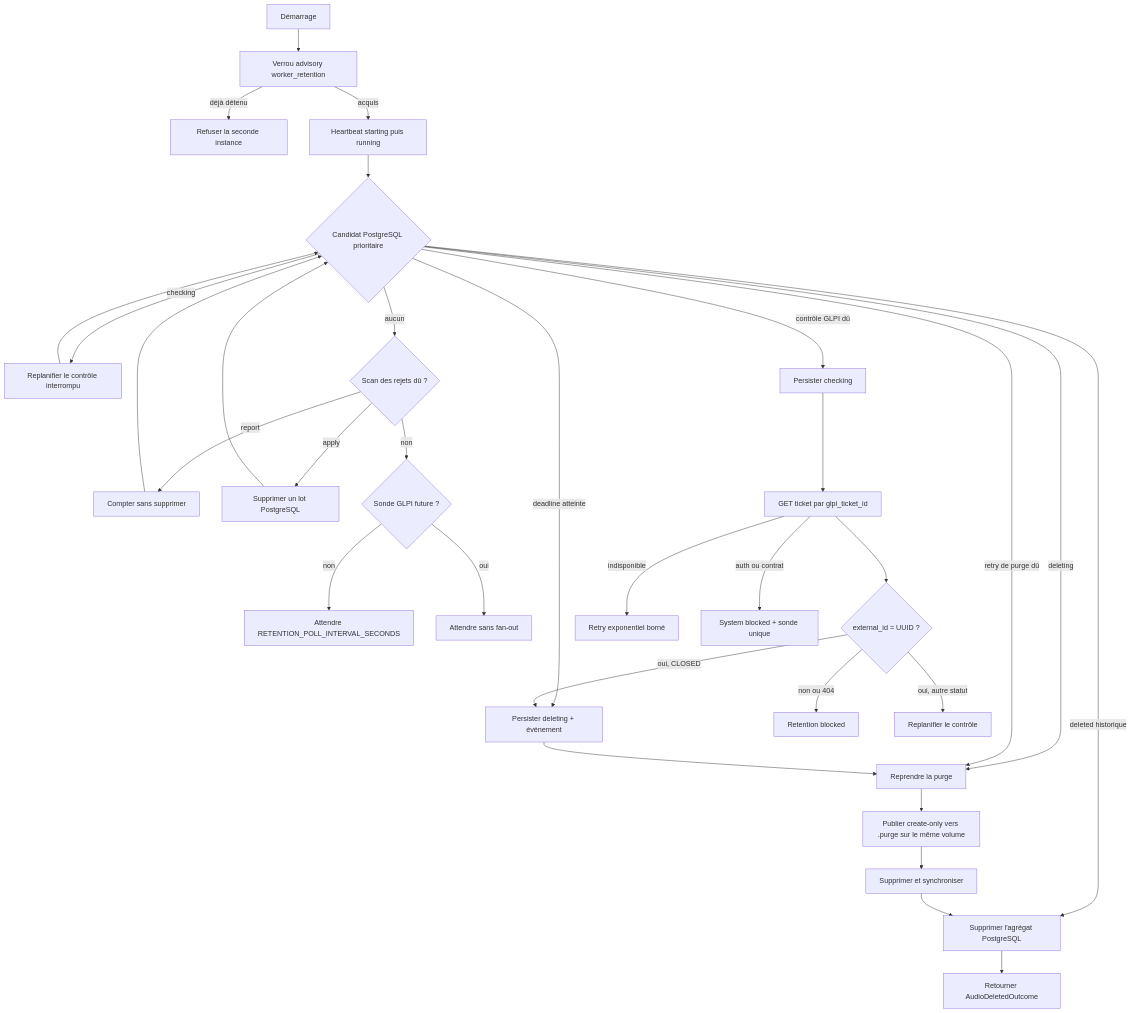
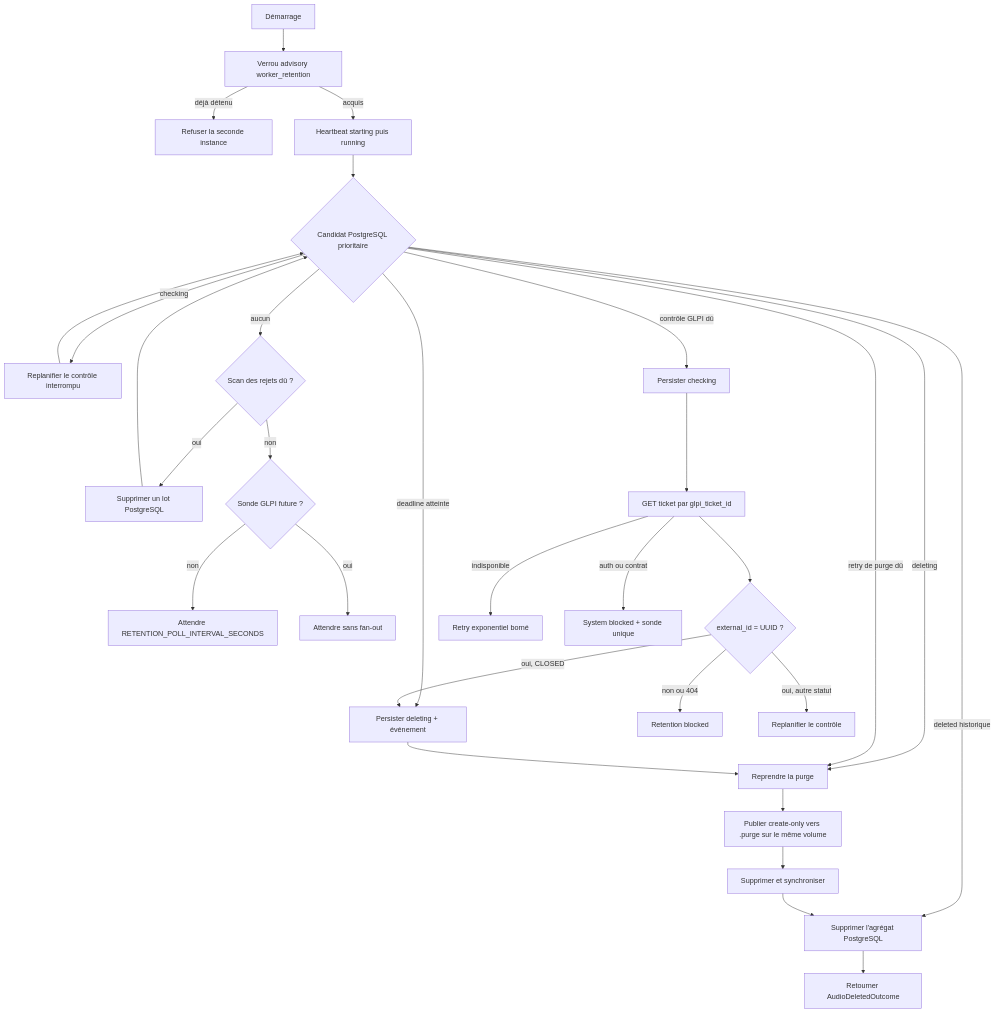
Before and after one commit to dev-vauclaire/mevo2glpi: the diagram in apps/worker-retention/README.md, drawn with Mermaid. The commit also changed other lines of this file and 32 other files, not shown here.

````diff
--- a/apps/worker-retention/README.md
+++ b/apps/worker-retention/README.md
@@ -57,37 +56,35 @@
 ```mermaid
 flowchart TD
     Start[Démarrage] --> Lock[Verrou advisory worker_retention]
     Lock -->|déjà détenu| Refuse[Refuser la seconde instance]
     Lock -->|acquis| Heartbeat[Heartbeat starting puis running]
     Heartbeat --> Select{Candidat PostgreSQL prioritaire}
 
     Select -->|deleting| Purge[Reprendre la purge]
     Select -->|deleted historique| DatabasePurge[Supprimer l'agrégat PostgreSQL]
     Select -->|checking| Recover[Replanifier le contrôle interrompu]
     Select -->|deadline atteinte| Intent[Persister deleting + événement]
     Select -->|retry de purge dû| Purge
     Select -->|contrôle GLPI dû| Check[Persister checking]
     Select -->|aucun| Rejected{Scan des rejets dû ?}
-    Rejected -->|report| Report[Compter sans supprimer]
-    Rejected -->|apply| RejectedPurge[Supprimer un lot PostgreSQL]
+    Rejected -->|oui| RejectedPurge[Supprimer un lot PostgreSQL]
     Rejected -->|non| Gate{Sonde GLPI future ?}
-    Report --> Select
     RejectedPurge --> Select
     Gate -->|non| Idle[Attendre RETENTION_POLL_INTERVAL_SECONDS]
     Gate -->|oui| Wait[Attendre sans fan-out]
 
     Recover --> Select
     Check --> Get[GET ticket par glpi_ticket_id]
     Get --> Correlate{external_id = UUID ?}
     Correlate -->|non ou 404| Block[Retention blocked]
     Correlate -->|oui, CLOSED| Intent
     Correlate -->|oui, autre statut| Reschedule[Replanifier le contrôle]
     Get -->|indisponible| Retry[Retry exponentiel borné]
     Get -->|auth ou contrat| Probe[System blocked + sonde unique]
 
     Intent --> Purge
     Purge --> Move[Publier create-only vers .purge sur le même volume]
     Move --> Unlink[Supprimer et synchroniser]
     Unlink --> DatabasePurge
     DatabasePurge --> Done[Retourner AudioDeletedOutcome]
 ```
````
